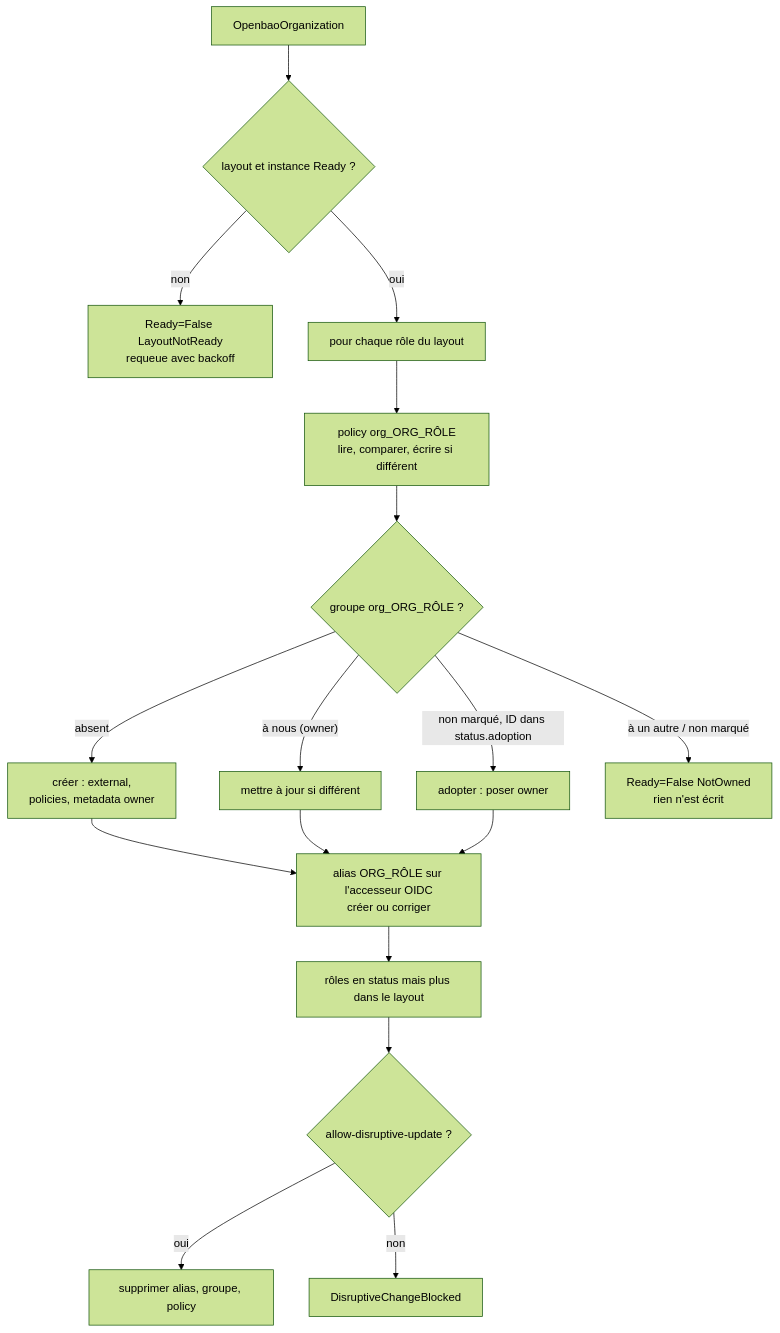
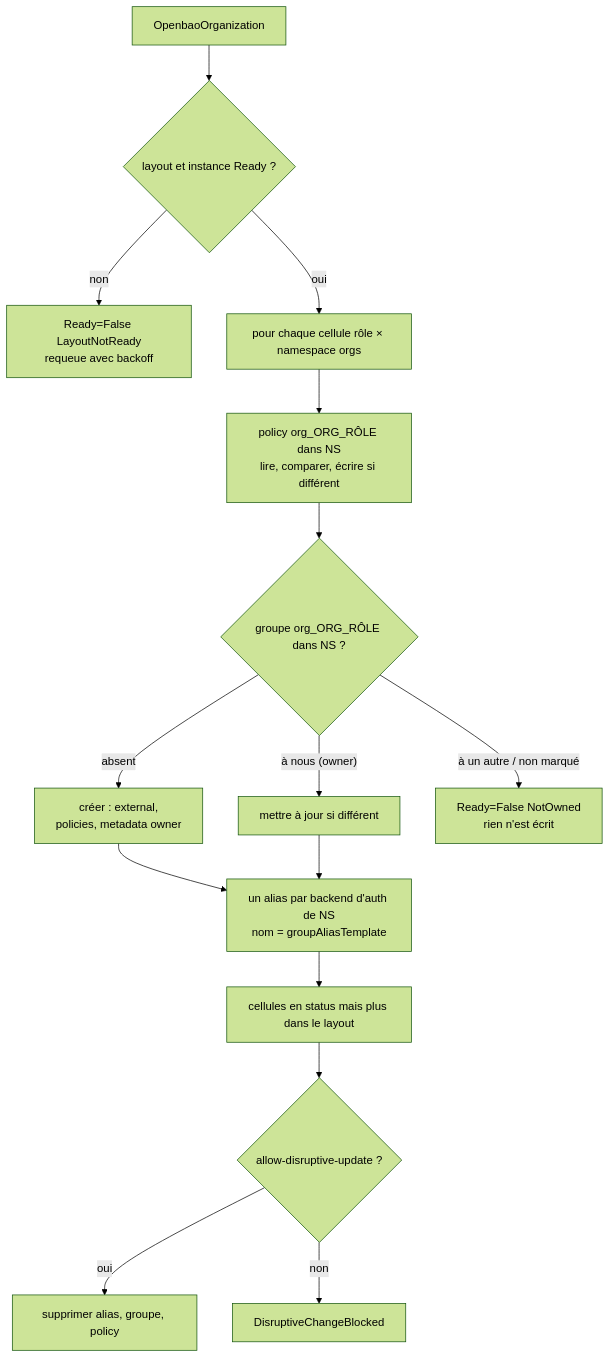
Before and after one commit to weebo-si-operator/weebo-operator-kit: the third of 5 diagrams in docs/rfc-0007-espaces-openbao-declaratifs.md, drawn with Mermaid (forest theme). The commit also changed other lines of this file, not shown here.

````diff
--- a/docs/rfc-0007-espaces-openbao-declaratifs.md
+++ b/docs/rfc-0007-espaces-openbao-declaratifs.md
@@ -328,19 +582,17 @@
 ```mermaid
 flowchart TD
     S["OpenbaoOrganization"] --> L{"layout et instance Ready ?"}
     L -->|non| W["Ready=False LayoutNotReady<br/>requeue avec backoff"]
-    L -->|oui| R["pour chaque rôle du layout"]
-    R --> P["policy org_ORG_RÔLE<br/>lire, comparer, écrire si différent"]
-    P --> G{"groupe org_ORG_RÔLE ?"}
+    L -->|oui| R["pour chaque cellule rôle × namespace orgs"]
+    R --> P["policy org_ORG_RÔLE dans NS<br/>lire, comparer, écrire si différent"]
+    P --> G{"groupe org_ORG_RÔLE dans NS ?"}
     G -->|absent| GC["créer : external,<br/>policies, metadata owner"]
     G -->|"à nous (owner)"| GU["mettre à jour si différent"]
-    G -->|"non marqué, ID dans status.adoption"| GA["adopter : poser owner"]
     G -->|"à un autre / non marqué"| NO["Ready=False NotOwned<br/>rien n'est écrit"]
-    GC --> A["alias ORG_RÔLE sur l'accesseur OIDC<br/>créer ou corriger"]
+    GC --> A["un alias par backend d'auth de NS<br/>nom = groupAliasTemplate"]
     GU --> A
-    GA --> A
-    A --> D["rôles en status mais plus dans le layout"]
+    A --> D["cellules en status mais plus dans le layout"]
     D --> DD{"allow-disruptive-update ?"}
     DD -->|oui| DEL["supprimer alias, groupe, policy"]
     DD -->|non| BL["DisruptiveChangeBlocked"]
 ```
````
